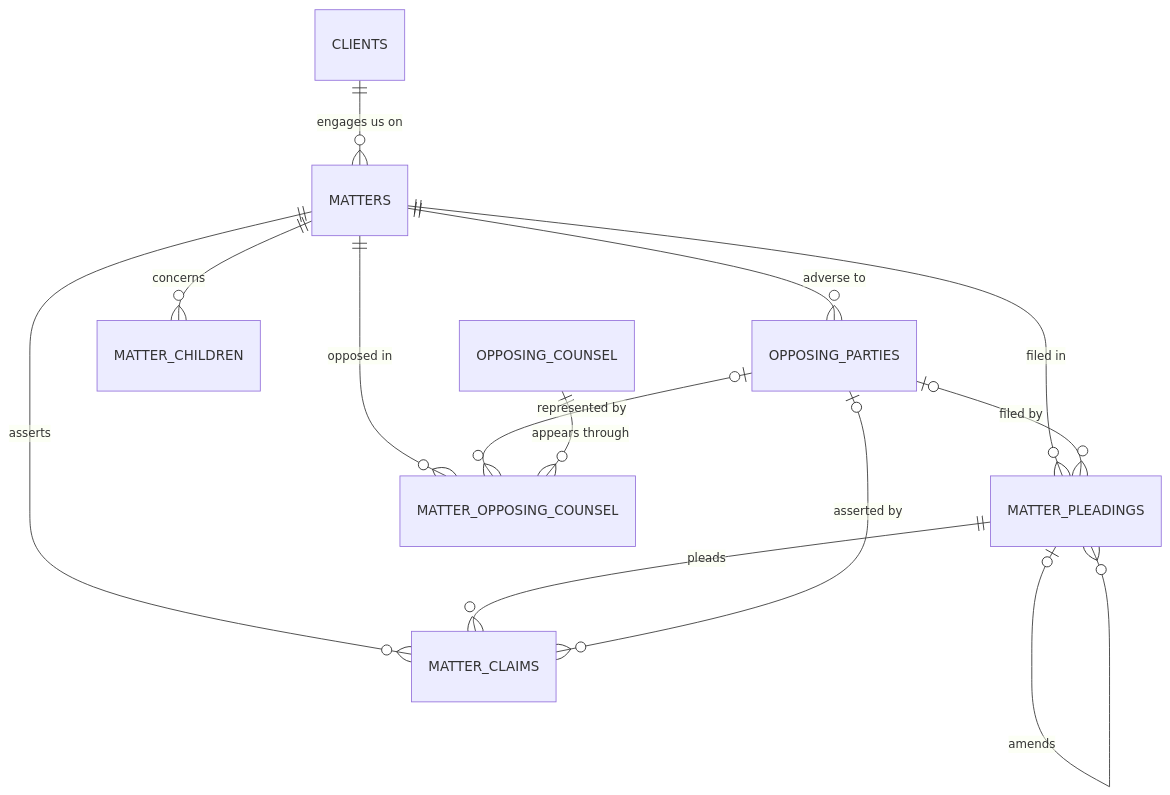
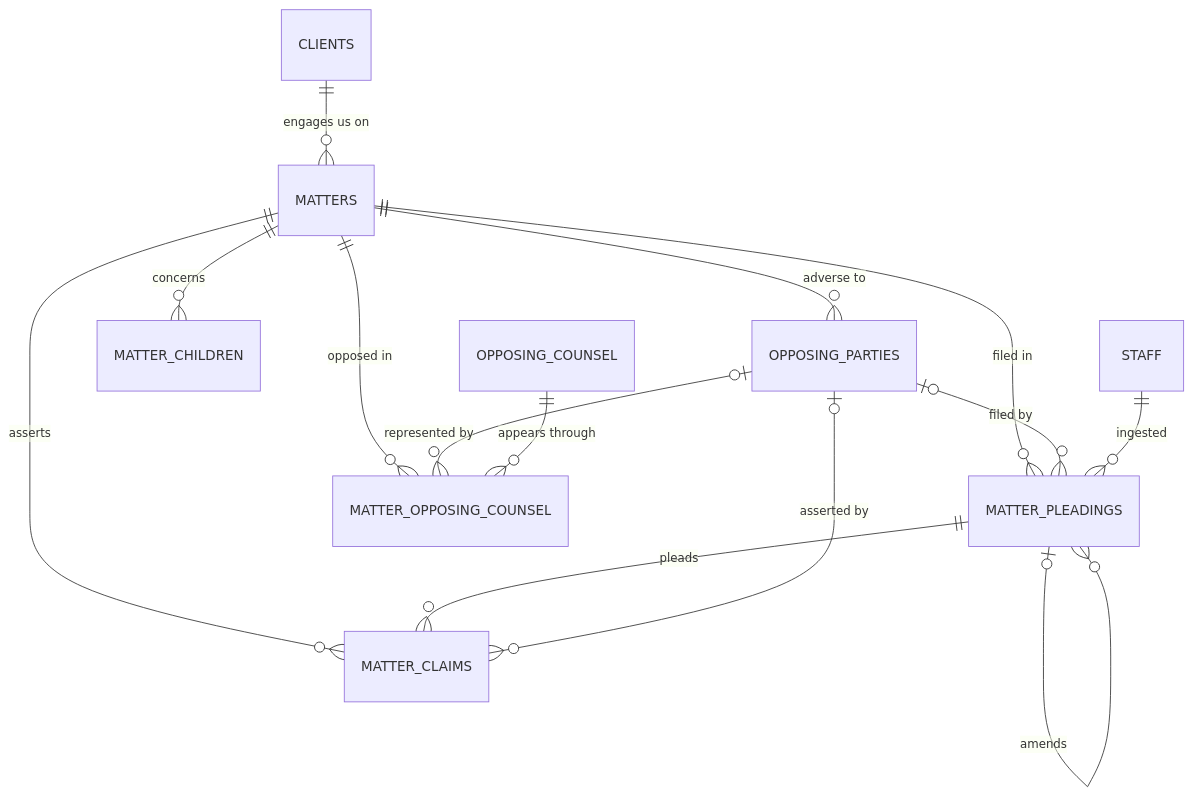
The fifth of 10 diagrams in docs/erd.md (tjdaley/cyclone), drawn with Mermaid before and after one commit. The commit also changed other lines of this file and 26 other files, not shown here.

````diff
--- a/docs/erd.md
+++ b/docs/erd.md
@@ -136,15 +157,16 @@
 ```mermaid
 erDiagram
     CLIENTS          ||--o{ MATTERS : "engages us on"
     MATTERS          ||--o{ OPPOSING_PARTIES : "adverse to"
     MATTERS          ||--o{ MATTER_CHILDREN : concerns
     MATTERS          ||--o{ MATTER_PLEADINGS : "filed in"
     MATTERS          ||--o{ MATTER_CLAIMS : asserts
     MATTERS          ||--o{ MATTER_OPPOSING_COUNSEL : "opposed in"
     MATTER_PLEADINGS ||--o{ MATTER_CLAIMS : pleads
     MATTER_PLEADINGS |o--o{ MATTER_PLEADINGS : amends
     OPPOSING_PARTIES |o--o{ MATTER_PLEADINGS : "filed by"
     OPPOSING_PARTIES |o--o{ MATTER_CLAIMS : "asserted by"
     OPPOSING_PARTIES |o--o{ MATTER_OPPOSING_COUNSEL : "represented by"
     OPPOSING_COUNSEL ||--o{ MATTER_OPPOSING_COUNSEL : "appears through"
+    STAFF            ||--o{ MATTER_PLEADINGS : ingested
 ```
````
